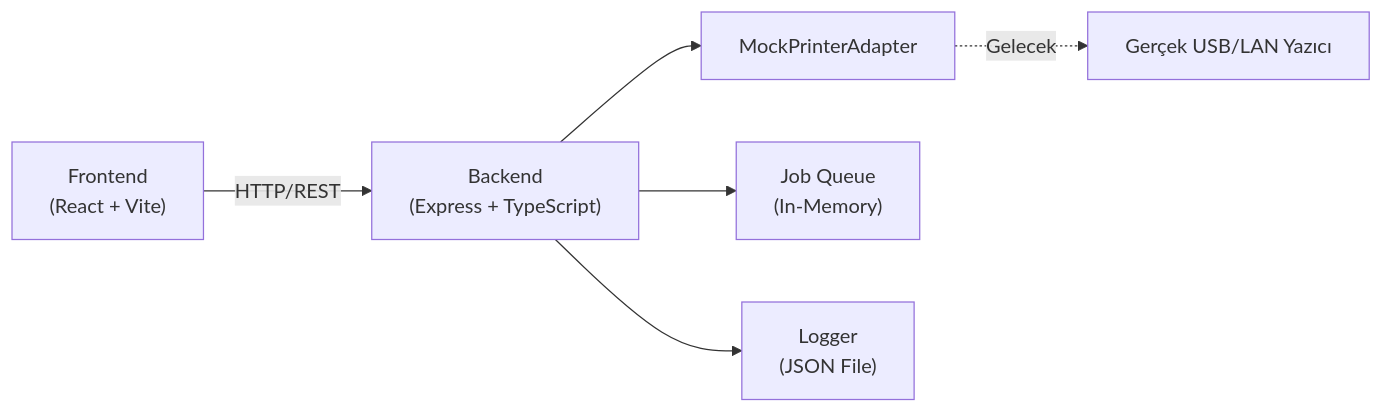
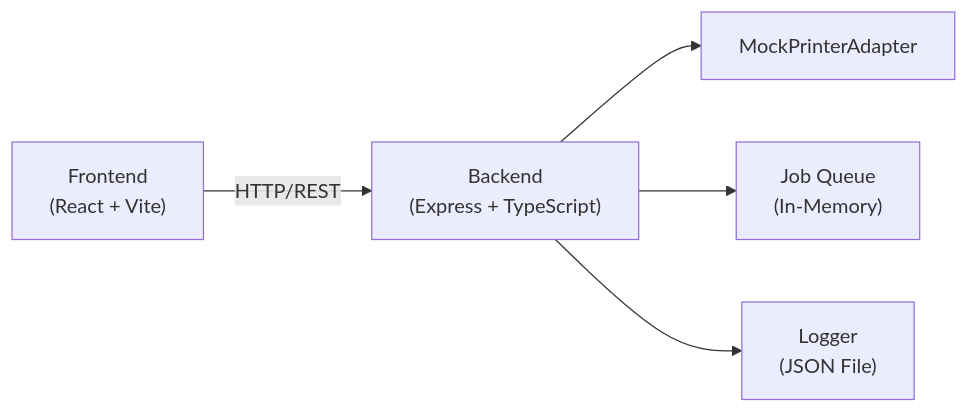
The diagram in README.md (ahmetguness/aco-thermal-printer-service), drawn with Mermaid before and after one commit. The commit also changed other lines of this file and 10 other files, not shown here.

First line of the commit message:
feat(backend): refactor printer adapters into layered architecture with registry pattern

````diff
--- a/README.md
+++ b/README.md
@@ -28,8 +28,7 @@
 ```mermaid
 graph LR
     A["Frontend<br/>(React + Vite)"] -->|HTTP/REST| B["Backend<br/>(Express + TypeScript)"]
     B --> C["MockPrinterAdapter"]
     B --> D["Job Queue<br/>(In-Memory)"]
     B --> E["Logger<br/>(JSON File)"]
-    C -.->|Gelecek| F["Gerçek USB/LAN Yazıcı"]
 ```
````
